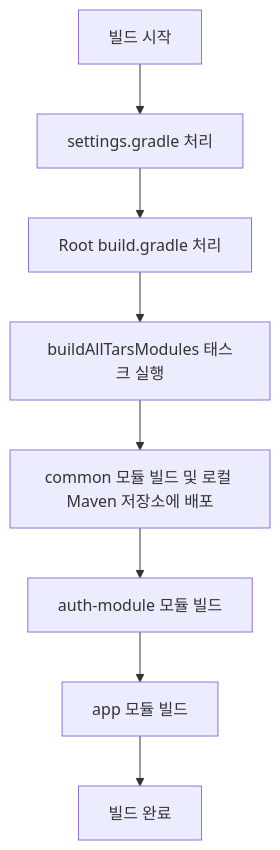
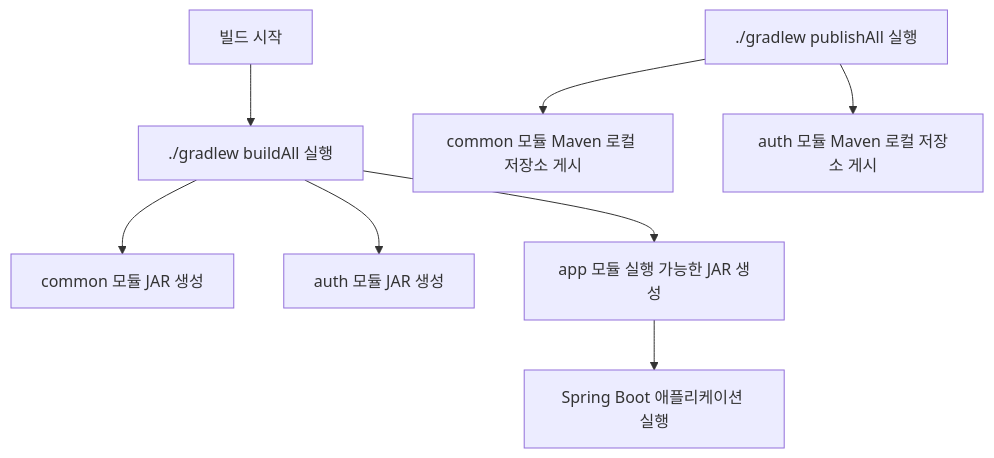
One commit to christopher3810/tars changed the third of 3 diagrams in multi-module-structure.md. Above: the diagram before and after it, drawn with Mermaid. The commit also changed other lines of this file, not shown here.

````diff
--- a/multi-module-structure.md
+++ b/multi-module-structure.md
@@ -70,10 +50,12 @@
 ```mermaid
 flowchart TD
-    Start[빌드 시작] --> RootSettings[settings.gradle 처리]
-    RootSettings --> RootBuild[Root build.gradle 처리]
-    RootBuild --> BuildAll[buildAllTarsModules 태스크 실행]
-    BuildAll --> CommonBuild[common 모듈 빌드 및 로컬 Maven 저장소에 배포]
-    CommonBuild --> AuthBuild[auth-module 모듈 빌드]
-    AuthBuild --> AppBuild[app 모듈 빌드]
-    AppBuild --> End[빌드 완료]
+    Start[빌드 시작] --> BuildAll[./gradlew buildAll 실행]
+    BuildAll --> CommonJar[common 모듈 JAR 생성]
+    BuildAll --> AuthJar[auth 모듈 JAR 생성]
+    BuildAll --> AppJar[app 모듈 실행 가능한 JAR 생성]
+    
+    PublishAll[./gradlew publishAll 실행] --> CommonPublish[common 모듈 Maven 로컬 저장소 게시]
+    PublishAll --> AuthPublish[auth 모듈 Maven 로컬 저장소 게시]
+    
+    AppJar --> Run[Spring Boot 애플리케이션 실행]
 ```
````
